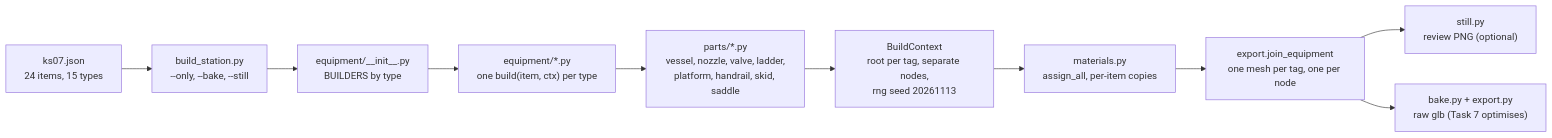
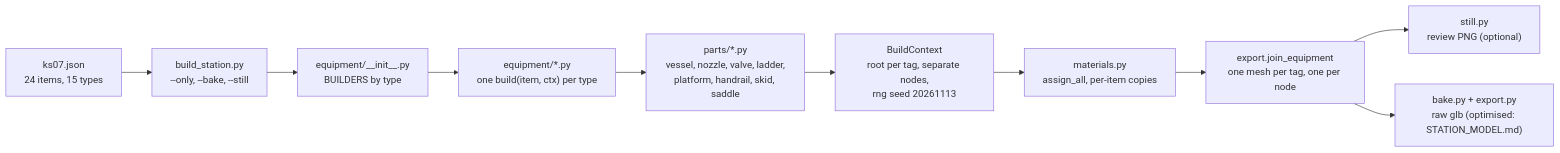
Before and after one commit to Nagdy8888/PlumeTrace: the first of 2 diagrams in docs/reference/BLENDER_EQUIPMENT.md, drawn with Mermaid. The commit also changed other lines of this file and 32 other files, not shown here.

First line of the commit message:
feat(3d): add piping, site, lighting bake and budget-checked full-station glb

````diff
--- a/docs/reference/BLENDER_EQUIPMENT.md
+++ b/docs/reference/BLENDER_EQUIPMENT.md
@@ -22,12 +24,12 @@
 ```mermaid
 flowchart LR
     Spec["ks07.json<br/>24 items, 15 types"] --> Main["build_station.py<br/>--only, --bake, --still"]
     Main --> Reg["equipment/__init__.py<br/>BUILDERS by type"]
     Reg --> Build["equipment/*.py<br/>one build(item, ctx) per type"]
     Build --> Parts["parts/*.py<br/>vessel, nozzle, valve, ladder,<br/>platform, handrail, skid, saddle"]
     Parts --> Ctx["BuildContext<br/>root per tag, separate nodes,<br/>rng seed 20261113"]
     Ctx --> Mat["materials.py<br/>assign_all, per-item copies"]
     Mat --> Join["export.join_equipment<br/>one mesh per tag, one per node"]
     Join --> Still["still.py<br/>review PNG (optional)"]
-    Join --> Glb["bake.py + export.py<br/>raw glb (Task 7 optimises)"]
+    Join --> Glb["bake.py + export.py<br/>raw glb (optimised: STATION_MODEL.md)"]
 ```
````
